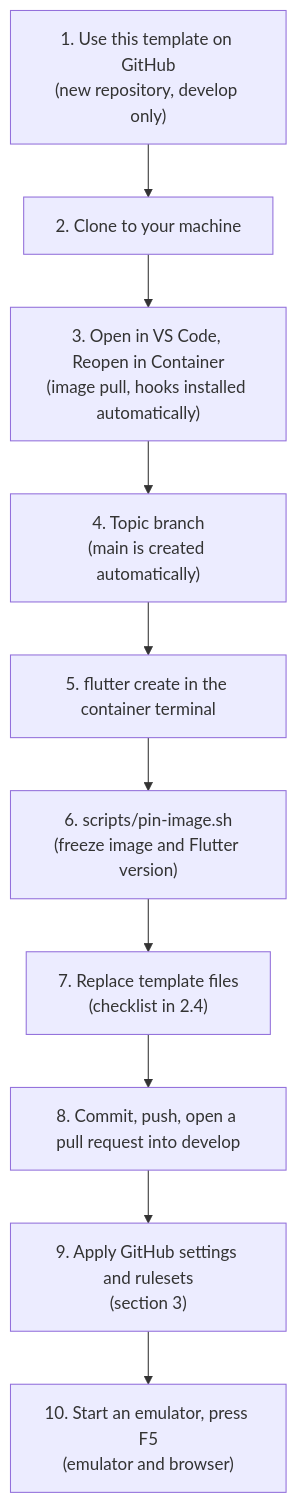
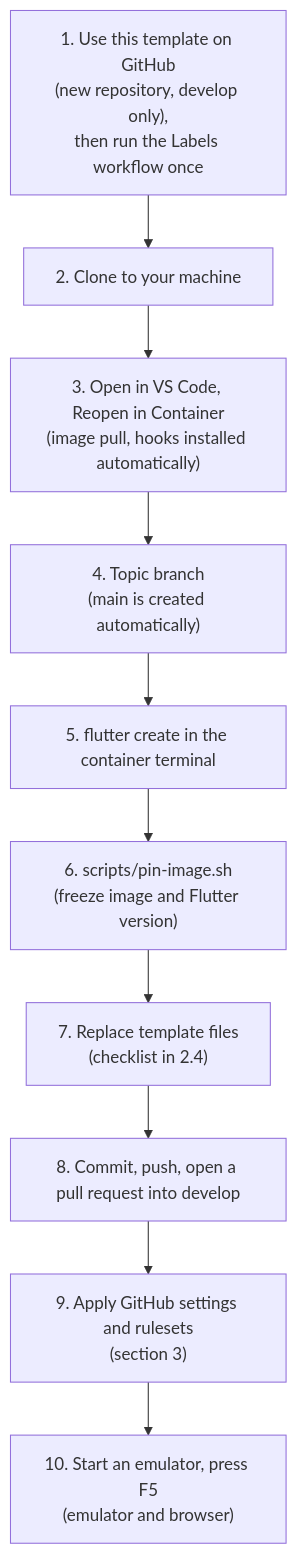
One commit to alihaidar0/flutter-template changed the second of 12 diagrams in README.md. Above: the diagram before and after it, drawn with Mermaid. The commit also changed other lines of this file and 3 other files, not shown here.

First line of the commit message:
docs: run the Labels workflow first and sync labels from develop

````diff
--- a/README.md
+++ b/README.md
@@ -106,12 +106,12 @@
 ```mermaid
 flowchart TD
-    A["1. Use this template on GitHub<br/>(new repository, develop only)"] --> B["2. Clone to your machine"]
+    A["1. Use this template on GitHub<br/>(new repository, develop only),<br/>then run the Labels workflow once"] --> B["2. Clone to your machine"]
     B --> C["3. Open in VS Code, Reopen in Container<br/>(image pull, hooks installed automatically)"]
     C --> D["4. Topic branch<br/>(main is created automatically)"]
     D --> E["5. flutter create in the container terminal"]
     E --> F["6. scripts/pin-image.sh<br/>(freeze image and Flutter version)"]
     F --> G["7. Replace template files<br/>(checklist in 2.4)"]
     G --> H["8. Commit, push, open a pull request into develop"]
     H --> I["9. Apply GitHub settings and rulesets<br/>(section 3)"]
     I --> J["10. Start an emulator, press F5<br/>(emulator and browser)"]
 ```
````
